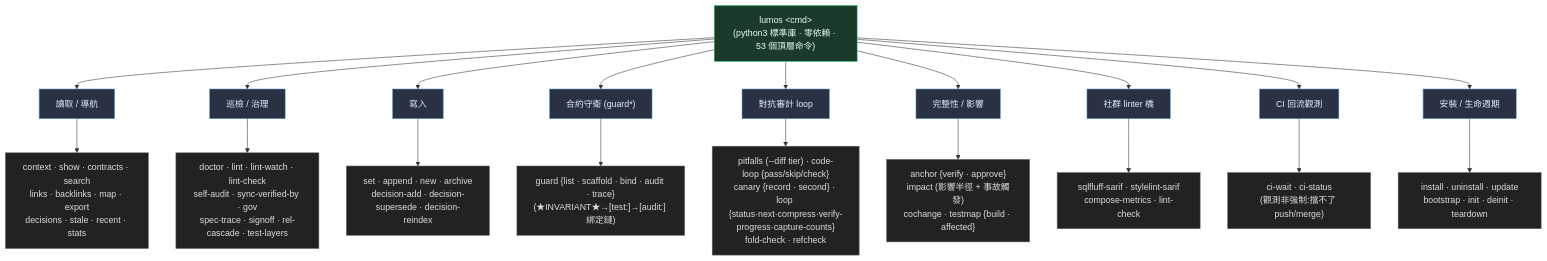
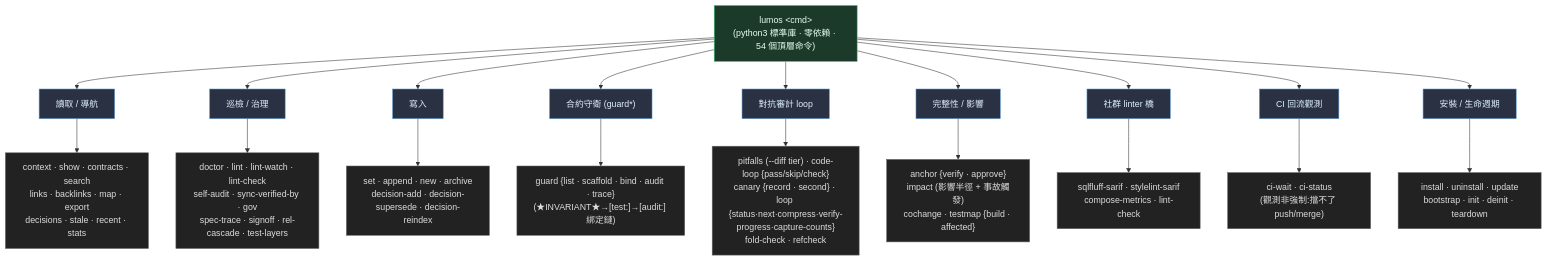
One commit to EnzoHsieh-Android/Lumos changed the third of 4 diagrams in ARCHITECTURE.md. Above: the diagram before and after it, drawn with Mermaid. The commit also changed other lines of this file and 16 other files, not shown here.

````diff
--- a/ARCHITECTURE.md
+++ b/ARCHITECTURE.md
@@ -99,31 +99,31 @@
 ```mermaid
 flowchart TB
-    ROOT["lumos &lt;cmd&gt;<br/>(python3 標準庫 · 零依賴 · 53 個頂層命令)"]
+    ROOT["lumos &lt;cmd&gt;<br/>(python3 標準庫 · 零依賴 · 54 個頂層命令)"]
 
     ROOT --> READ["讀取 / 導航"]
     ROOT --> HEALTH["巡檢 / 治理"]
     ROOT --> WRITE["寫入"]
     ROOT --> GUARD["合約守衛 (guard*)"]
     ROOT --> LOOP["對抗審計 loop"]
     ROOT --> INTEG["完整性 / 影響"]
     ROOT --> SARIF["社群 linter 橋"]
     ROOT --> CI["CI 回流觀測"]
     ROOT --> LIFE["安裝 / 生命週期"]
 
     READ --> R["context · show · contracts · search<br/>links · backlinks · map · export<br/>decisions · stale · recent · stats"]
     HEALTH --> H["doctor · lint · lint-watch · lint-check<br/>self-audit · sync-verified-by · gov<br/>spec-trace · signoff · rel-cascade · test-layers"]
     CI --> C["ci-wait · ci-status<br/>(觀測非強制:擋不了 push/merge)"]
     WRITE --> W["set · append · new · archive<br/>decision-add · decision-supersede · decision-reindex"]
     GUARD --> G["guard {list · scaffold · bind · audit · trace}<br/>(★INVARIANT★→[test:]→[audit:] 綁定鏈)"]
     LOOP --> LP["pitfalls (--diff tier) · code-loop {pass/skip/check}<br/>canary {record · second} · loop {status·next·compress·verify-progress·capture-counts}<br/>fold-check · refcheck"]
     INTEG --> I["anchor {verify · approve}<br/>impact (影響半徑 + 事故觸發)<br/>cochange · testmap {build · affected}"]
     SARIF --> ST["sqlfluff-sarif · stylelint-sarif<br/>compose-metrics · lint-check"]
     LIFE --> L["install · uninstall · update<br/>bootstrap · init · deinit · teardown"]
 
     classDef root fill:#1b3a2a,stroke:#3ddc84,color:#e8fff0
     classDef cat fill:#2a3142,stroke:#5a9bd6,color:#e0f0ff
     classDef leaf fill:#222,stroke:#666,color:#ddd
     class ROOT root
     class READ,HEALTH,WRITE,GUARD,LOOP,INTEG,SARIF,CI,LIFE cat
     class R,H,W,G,LP,I,ST,C,L leaf
 ```
````
